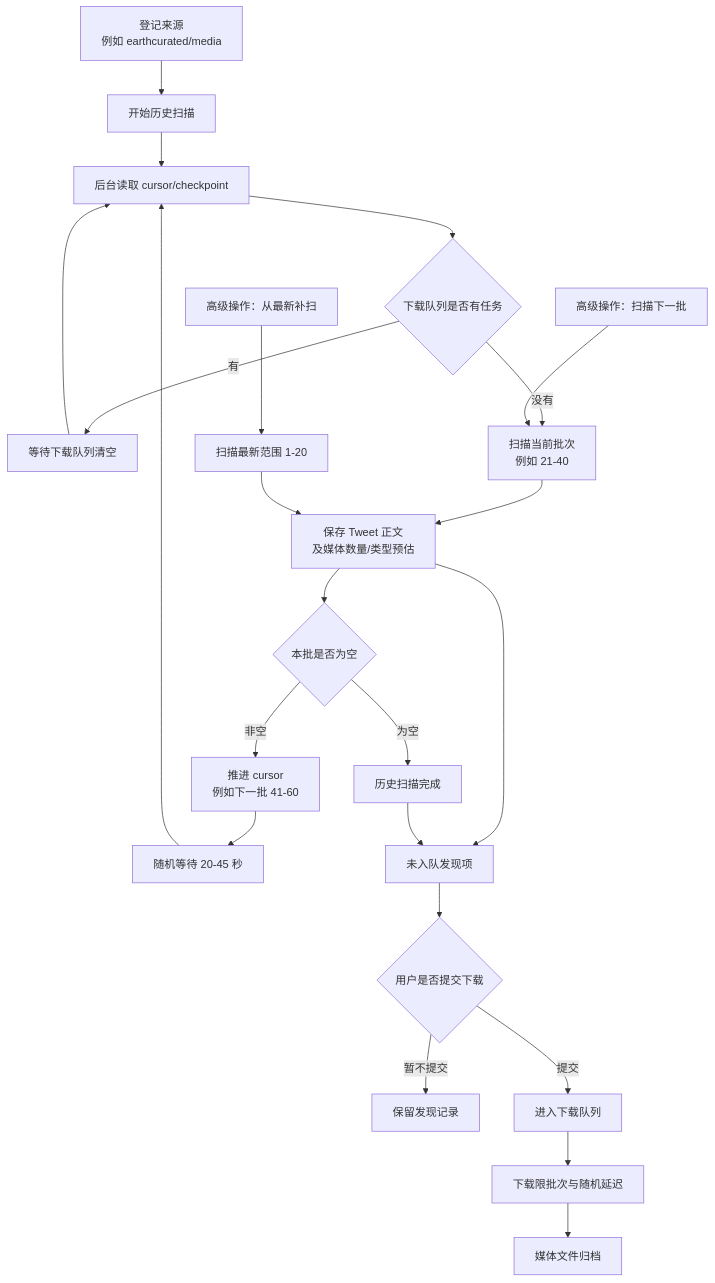
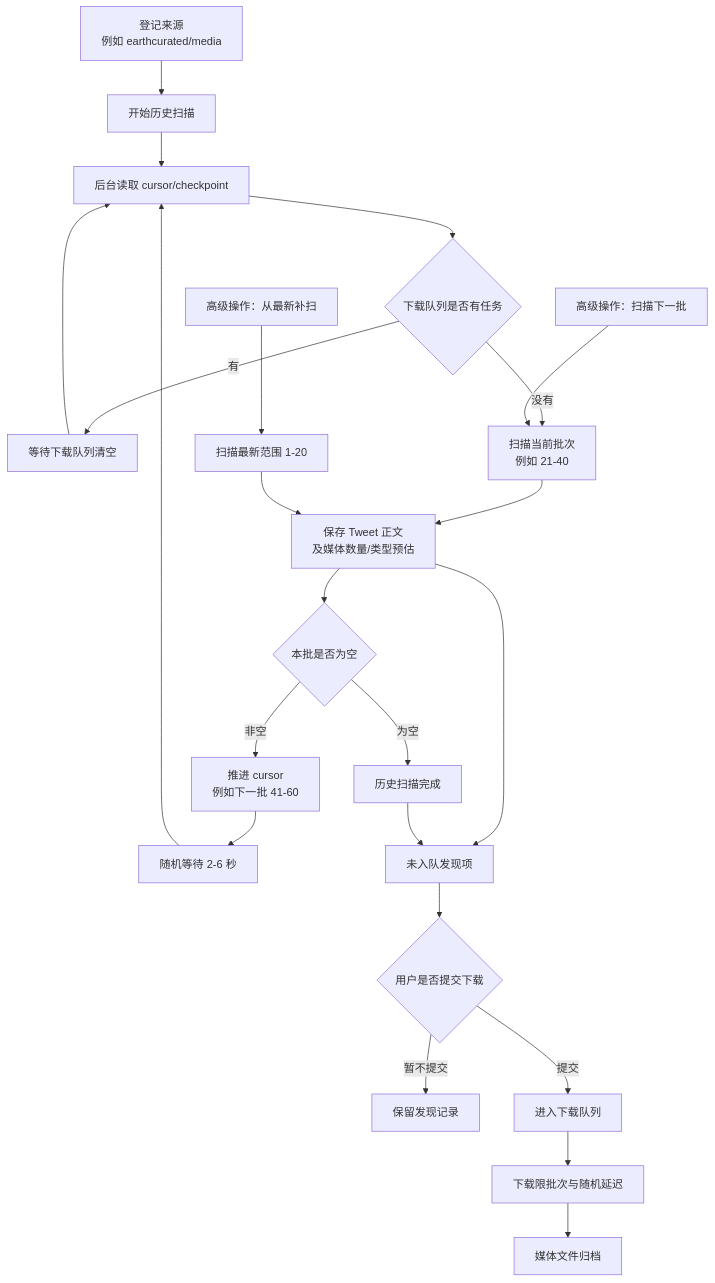
Before and after one commit to namehu/x-media-archiver: the diagram in docs/source-scanning-workflow.md, drawn with Mermaid. The commit also changed other lines of this file and 17 other files, not shown here.

````diff
--- a/docs/source-scanning-workflow.md
+++ b/docs/source-scanning-workflow.md
@@ -123,26 +126,26 @@
 ```mermaid
 flowchart TD
     A["登记来源<br/>例如 earthcurated/media"] --> B["开始历史扫描"]
     B --> C["后台读取 cursor/checkpoint"]
     C --> D{"下载队列是否有任务"}
     D -->|"有"| E["等待下载队列清空"]
     E --> C
     D -->|"没有"| F["扫描当前批次<br/>例如 21-40"]
     F --> G["保存 Tweet 正文<br/>及媒体数量/类型预估"]
     G --> H{"本批是否为空"}
     H -->|"非空"| I["推进 cursor<br/>例如下一批 41-60"]
-    I --> J["随机等待 20-45 秒"]
+    I --> J["随机等待 2-6 秒"]
     J --> C
     H -->|"为空"| K["历史扫描完成"]
     G --> L["未入队发现项"]
     K --> L
     L --> M{"用户是否提交下载"}
     M -->|"暂不提交"| N["保留发现记录"]
     M -->|"提交"| O["进入下载队列"]
     O --> P["下载限批次与随机延迟"]
     P --> Q["媒体文件归档"]
 
     R["高级操作：扫描下一批"] --> F
     S["高级操作：从最新补扫"] --> T["扫描最新范围 1-20"]
     T --> G
 ```
````
